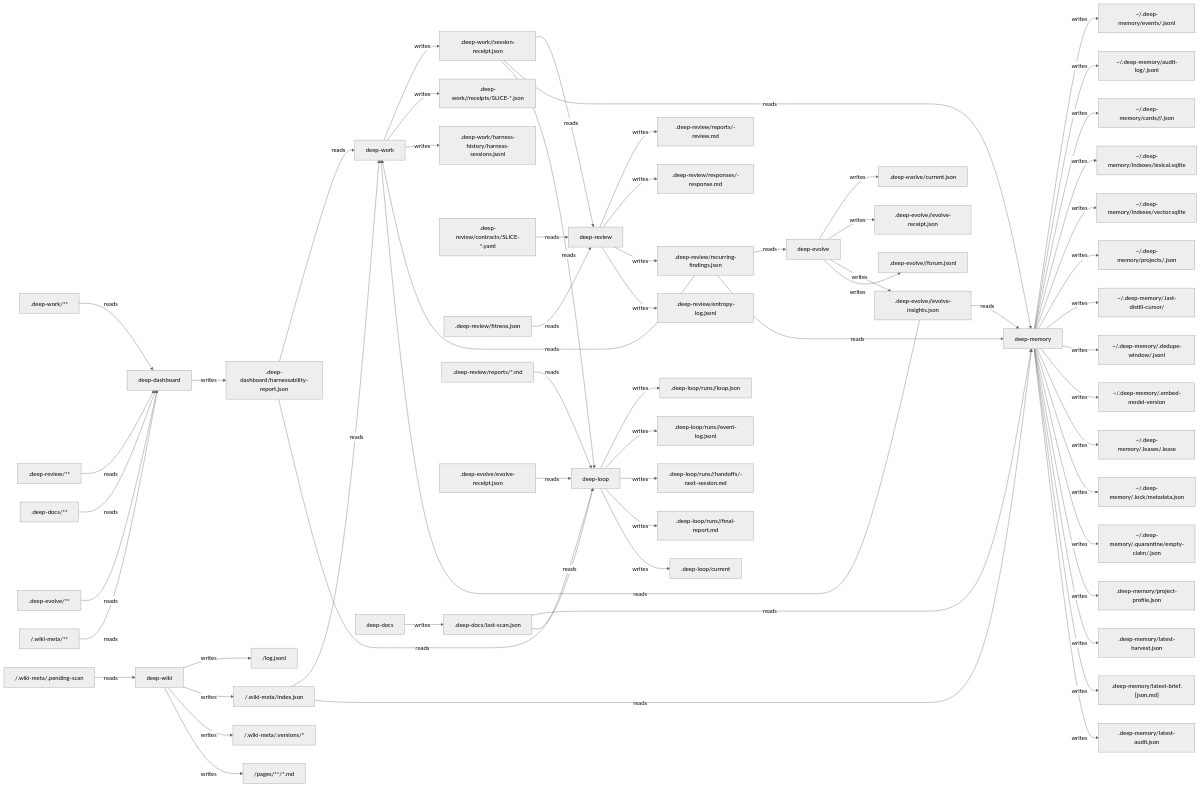
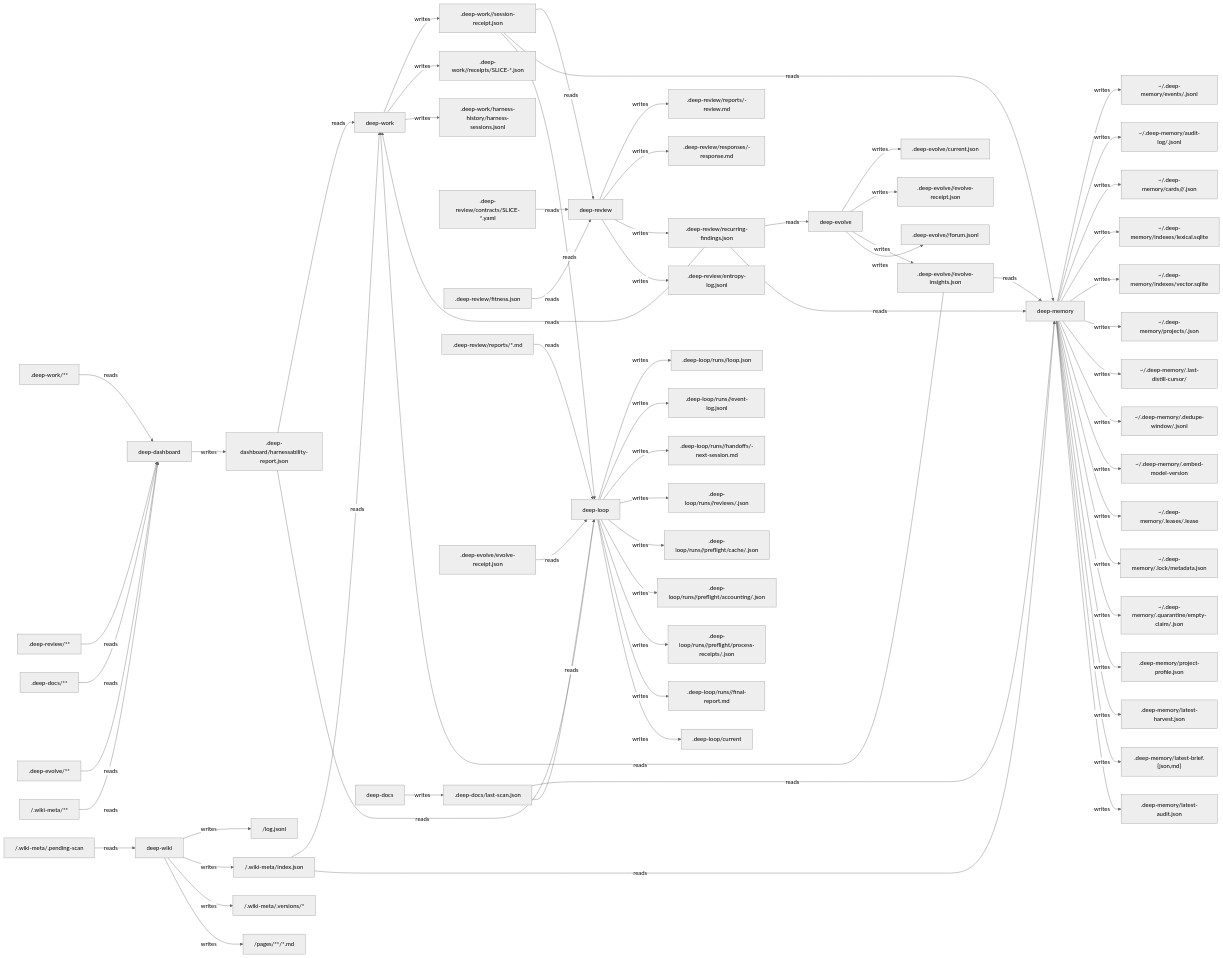
Before and after one commit to Sungmin-Cho/claude-deep-suite: the diagram in docs/artifact-io-graph.md, drawn with Mermaid (neutral theme). The commit also changed 7 other files, not shown here.

````diff
--- a/docs/artifact-io-graph.md
+++ b/docs/artifact-io-graph.md
@@ -9,65 +9,69 @@
 ```mermaid
 flowchart LR
   deep-work-->|writes|p1[".deep-work/<session>/session-receipt.json"]
   deep-work-->|writes|p2[".deep-work/<session>/receipts/SLICE-*.json"]
   deep-work-->|writes|p3[".deep-work/harness-history/harness-sessions.jsonl"]
   p4[".deep-dashboard/harnessability-report.json"]-->|reads|deep-work
   p5[".deep-evolve/<session>/evolve-insights.json"]-->|reads|deep-work
   p6[".deep-review/recurring-findings.json"]-->|reads|deep-work
   p7["<wiki_root>/.wiki-meta/index.json"]-->|reads|deep-work
   deep-wiki-->|writes|p8["<wiki_root>/log.jsonl"]
   deep-wiki-->|writes|p7["<wiki_root>/.wiki-meta/index.json"]
   deep-wiki-->|writes|p9["<wiki_root>/.wiki-meta/.versions/*"]
   deep-wiki-->|writes|p10["<wiki_root>/pages/**/*.md"]
   p11["<wiki_root>/.wiki-meta/.pending-scan"]-->|reads|deep-wiki
   deep-evolve-->|writes|p12[".deep-evolve/current.json"]
   deep-evolve-->|writes|p13[".deep-evolve/<session>/evolve-receipt.json"]
   deep-evolve-->|writes|p5[".deep-evolve/<session>/evolve-insights.json"]
   deep-evolve-->|writes|p14[".deep-evolve/<session>/forum.jsonl"]
   p6[".deep-review/recurring-findings.json"]-->|reads|deep-evolve
   deep-review-->|writes|p15[".deep-review/reports/<timestamp>-review.md"]
   deep-review-->|writes|p16[".deep-review/responses/<timestamp>-response.md"]
   deep-review-->|writes|p6[".deep-review/recurring-findings.json"]
   deep-review-->|writes|p17[".deep-review/entropy-log.jsonl"]
   p1[".deep-work/<session>/session-receipt.json"]-->|reads|deep-review
   p18[".deep-review/contracts/SLICE-*.yaml"]-->|reads|deep-review
   p19[".deep-review/fitness.json"]-->|reads|deep-review
   deep-docs-->|writes|p20[".deep-docs/last-scan.json"]
   deep-dashboard-->|writes|p4[".deep-dashboard/harnessability-report.json"]
   p21[".deep-work/**"]-->|reads|deep-dashboard
   p22[".deep-review/**"]-->|reads|deep-dashboard
   p23[".deep-docs/**"]-->|reads|deep-dashboard
   p24[".deep-evolve/**"]-->|reads|deep-dashboard
   p25["<wiki_root>/.wiki-meta/**"]-->|reads|deep-dashboard
   deep-memory-->|writes|p26["~/.deep-memory/events/<YYYY-MM>.jsonl"]
   deep-memory-->|writes|p27["~/.deep-memory/audit-log/<YYYY-MM>.jsonl"]
   deep-memory-->|writes|p28["~/.deep-memory/cards/<memory_type>/<global|project_id>/<memory_id>.json"]
   deep-memory-->|writes|p29["~/.deep-memory/indexes/lexical.sqlite"]
   deep-memory-->|writes|p30["~/.deep-memory/indexes/vector.sqlite"]
   deep-memory-->|writes|p31["~/.deep-memory/projects/<project_id>.json"]
   deep-memory-->|writes|p32["~/.deep-memory/.last-distill-cursor/<project_id>"]
   deep-memory-->|writes|p33["~/.deep-memory/.dedupe-window/<project_id>.jsonl"]
   deep-memory-->|writes|p34["~/.deep-memory/.embed-model-version"]
   deep-memory-->|writes|p35["~/.deep-memory/.leases/<project_id>.lease"]
   deep-memory-->|writes|p36["~/.deep-memory/.lock/metadata.json"]
   deep-memory-->|writes|p37["~/.deep-memory/.quarantine/empty-claim/<run_id>.json"]
   deep-memory-->|writes|p38[".deep-memory/project-profile.json"]
   deep-memory-->|writes|p39[".deep-memory/latest-harvest.json"]
   deep-memory-->|writes|p40[".deep-memory/latest-brief.{json,md}"]
   deep-memory-->|writes|p41[".deep-memory/latest-audit.json"]
   p6[".deep-review/recurring-findings.json"]-->|reads|deep-memory
   p5[".deep-evolve/<session>/evolve-insights.json"]-->|reads|deep-memory
   p1[".deep-work/<session>/session-receipt.json"]-->|reads|deep-memory
   p20[".deep-docs/last-scan.json"]-->|reads|deep-memory
   p7["<wiki_root>/.wiki-meta/index.json"]-->|reads|deep-memory
   deep-loop-->|writes|p42[".deep-loop/runs/<run-id>/loop.json"]
   deep-loop-->|writes|p43[".deep-loop/runs/<run-id>/event-log.jsonl"]
   deep-loop-->|writes|p44[".deep-loop/runs/<run-id>/handoffs/<ts>-next-session.md"]
-  deep-loop-->|writes|p45[".deep-loop/runs/<run-id>/final-report.md"]
-  deep-loop-->|writes|p46[".deep-loop/current"]
+  deep-loop-->|writes|p45[".deep-loop/runs/<run-id>/reviews/<sha256>.json"]
+  deep-loop-->|writes|p46[".deep-loop/runs/<run-id>/preflight/cache/<cache-key>.json"]
+  deep-loop-->|writes|p47[".deep-loop/runs/<run-id>/preflight/accounting/<cache-key>.json"]
+  deep-loop-->|writes|p48[".deep-loop/runs/<run-id>/preflight/process-receipts/<receipt>.json"]
+  deep-loop-->|writes|p49[".deep-loop/runs/<run-id>/final-report.md"]
+  deep-loop-->|writes|p50[".deep-loop/current"]
   p1[".deep-work/<session>/session-receipt.json"]-->|reads|deep-loop
-  p47[".deep-review/reports/*.md"]-->|reads|deep-loop
+  p51[".deep-review/reports/*.md"]-->|reads|deep-loop
   p20[".deep-docs/last-scan.json"]-->|reads|deep-loop
-  p48[".deep-evolve/evolve-receipt.json"]-->|reads|deep-loop
+  p52[".deep-evolve/evolve-receipt.json"]-->|reads|deep-loop
   p4[".deep-dashboard/harnessability-report.json"]-->|reads|deep-loop
 ```
````
